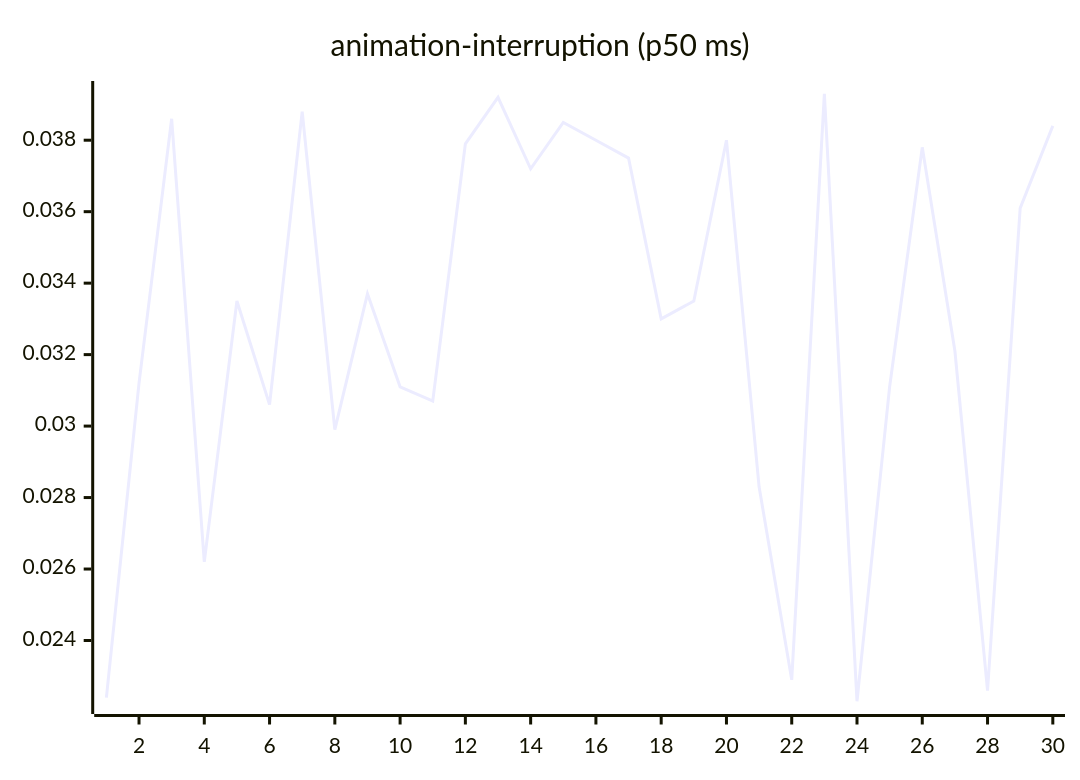
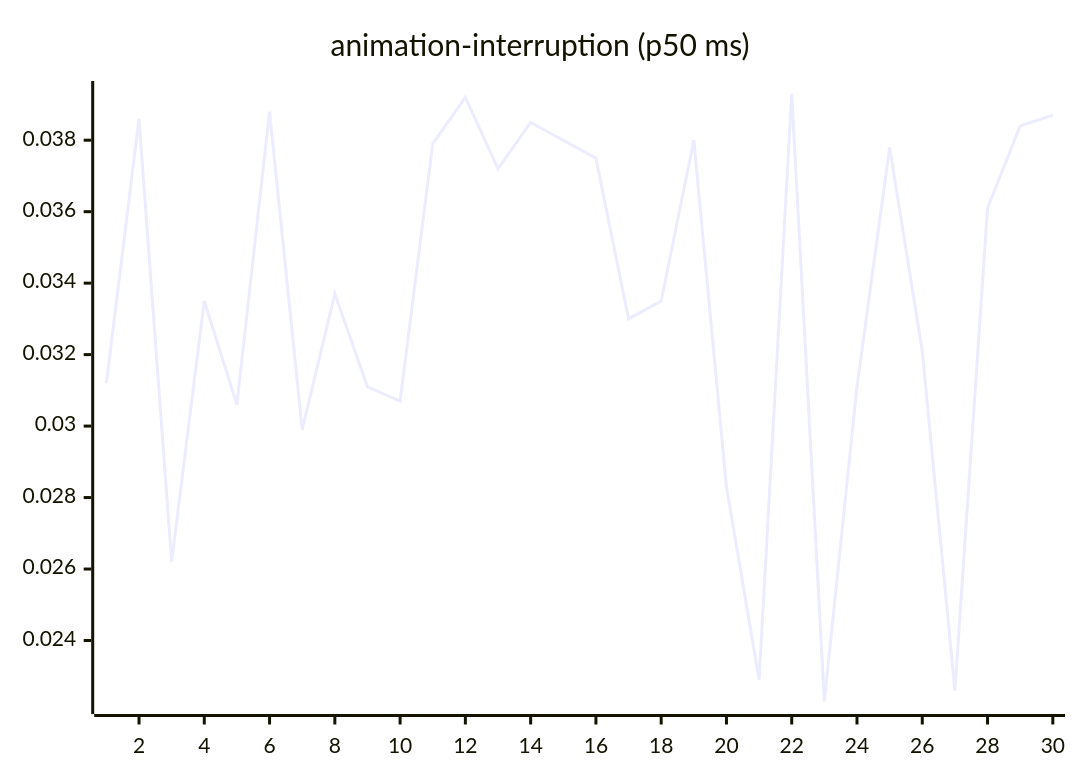
The third of 27 diagrams in README.md (josha/Facet), drawn with Mermaid before and after one commit. The commit also changed other lines of this file and 2 other files, not shown here.

````diff
--- a/README.md
+++ b/README.md
@@ -77,6 +77,6 @@
 ```mermaid
 xychart-beta
     title "animation-interruption (p50 ms)"
     x-axis 1 --> 30
-    line [0.0224, 0.0312, 0.0386, 0.0262, 0.0335, 0.0306, 0.0388, 0.0299, 0.0337, 0.0311, 0.0307, 0.0379, 0.0392, 0.0372, 0.0385, 0.0380, 0.0375, 0.0330, 0.0335, 0.0380, 0.0283, 0.0229, 0.0393, 0.0223, 0.0311, 0.0378, 0.0321, 0.0226, 0.0361, 0.0384]
+    line [0.0312, 0.0386, 0.0262, 0.0335, 0.0306, 0.0388, 0.0299, 0.0337, 0.0311, 0.0307, 0.0379, 0.0392, 0.0372, 0.0385, 0.0380, 0.0375, 0.0330, 0.0335, 0.0380, 0.0283, 0.0229, 0.0393, 0.0223, 0.0311, 0.0378, 0.0321, 0.0226, 0.0361, 0.0384, 0.0387]
 ```
````
